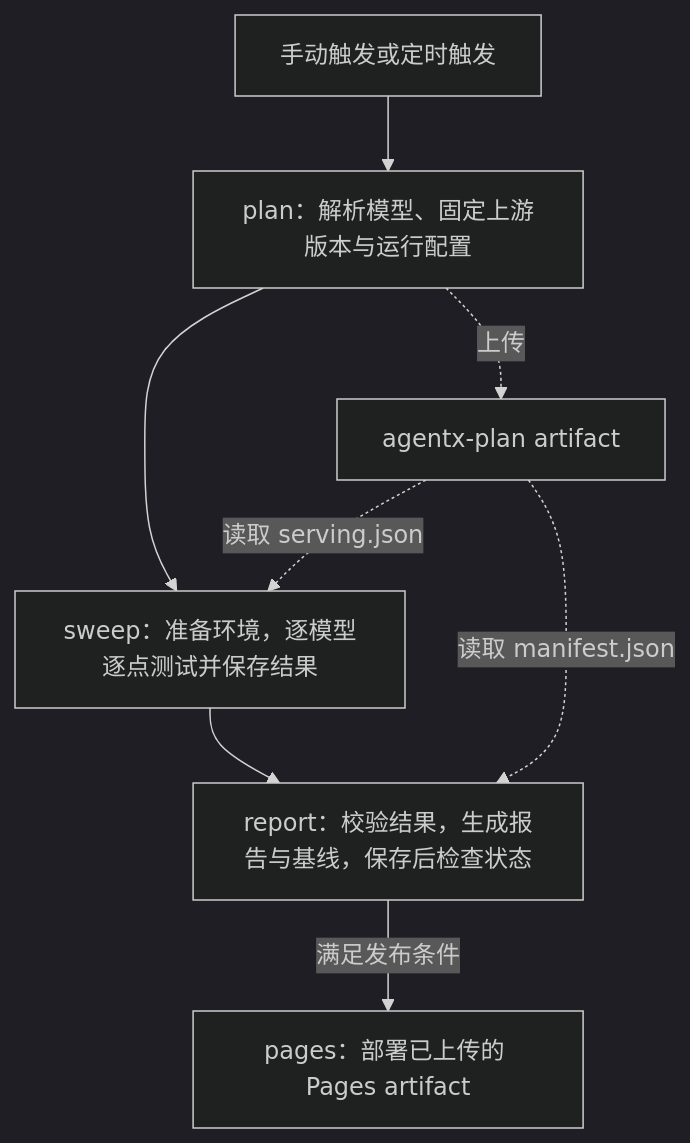
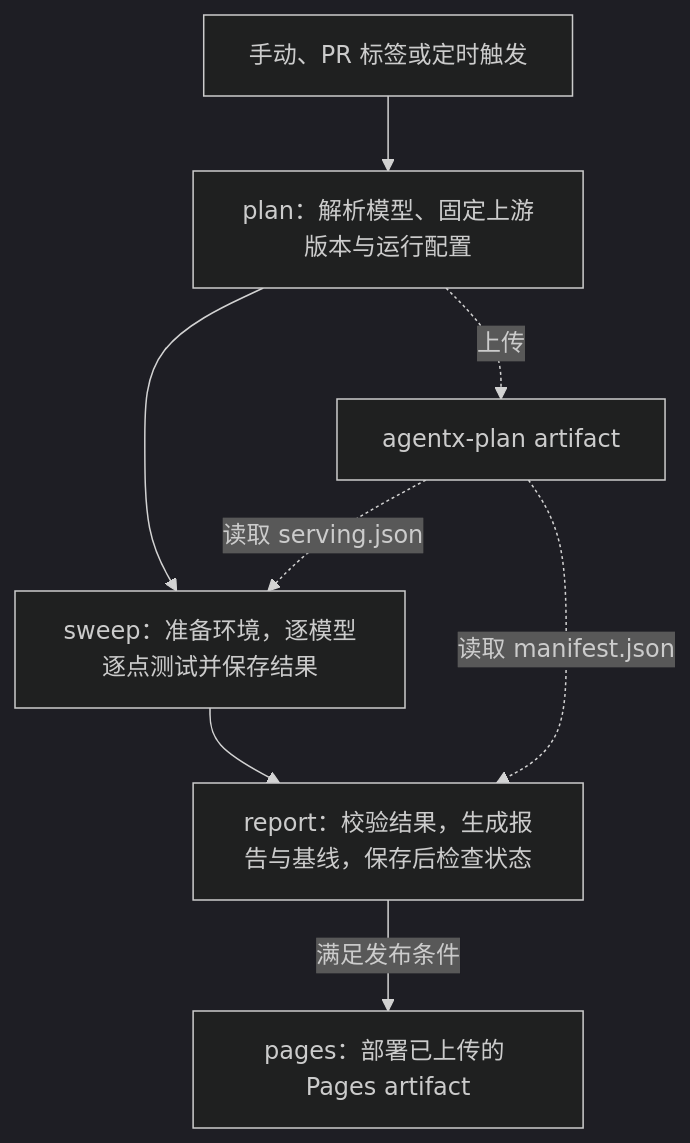
The diagram in benchmarks/agentx/README.zh.md (AMD-AGI/AKLR), drawn with Mermaid (dark theme) before and after one commit. The commit also changed other lines of this file and 5 other files, not shown here.

````diff
--- a/benchmarks/agentx/README.zh.md
+++ b/benchmarks/agentx/README.zh.md
@@ -9,10 +9,10 @@
 ```mermaid
 flowchart TD
-    T["手动触发或定时触发"] --> P["plan：解析模型、固定上游版本与运行配置"]
+    T["手动、PR 标签或定时触发"] --> P["plan：解析模型、固定上游版本与运行配置"]
     P --> S["sweep：准备环境，逐模型逐点测试并保存结果"]
     S --> R["report：校验结果，生成报告与基线，保存后检查状态"]
     R -->|"满足发布条件"| D["pages：部署已上传的 Pages artifact"]
     P -.->|"上传"| A["agentx-plan artifact"]
     A -.->|"读取 serving.json"| S
     A -.->|"读取 manifest.json"| R
 ```
````
